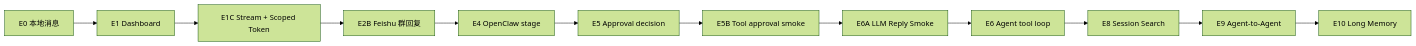
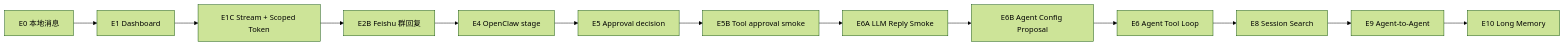
One commit to mayf3/myclaw changed the first of 9 diagrams in docs/implementation-architecture.md. Above: the diagram before and after it, drawn with Mermaid (forest theme). The commit also changed other lines of this file and 36 other files, not shown here.

Commit message:
feat: add agent config proposal smoke

````diff
--- a/docs/implementation-architecture.md
+++ b/docs/implementation-architecture.md
@@ -21,14 +21,15 @@
 ```mermaid
 flowchart LR
   E0["E0 本地消息"] --> E1["E1 Dashboard"]
   E1 --> E1C["E1C Stream + Scoped Token"]
   E1C --> E2B["E2B Feishu 群回复"]
   E2B --> E4["E4 OpenClaw stage"]
   E4 --> E5["E5 Approval decision"]
   E5 --> E5B["E5B Tool approval smoke"]
   E5B --> E6A["E6A LLM Reply Smoke"]
-  E6A --> E6["E6 Agent tool loop"]
+  E6A --> E6B["E6B Agent Config Proposal"]
+  E6B --> E6["E6 Agent Tool Loop"]
   E6 --> E8["E8 Session Search"]
   E8 --> E9["E9 Agent-to-Agent"]
   E9 --> E10["E10 Long Memory"]
 ```
````
